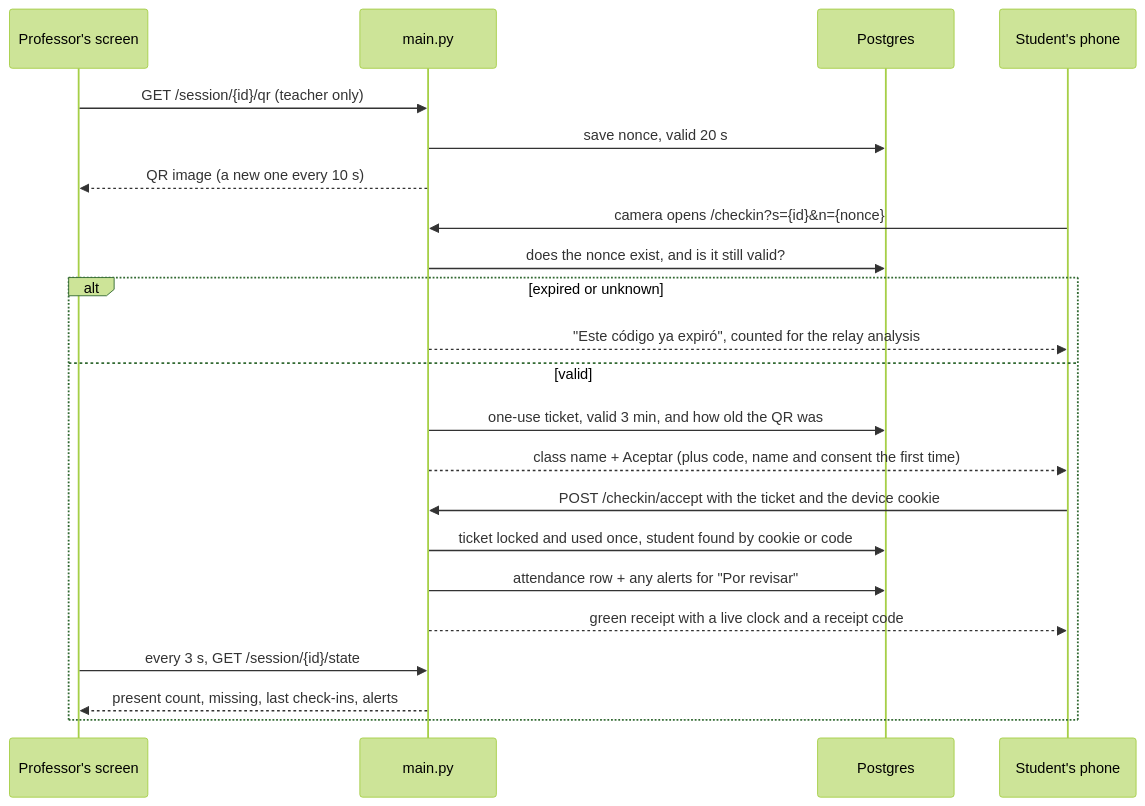
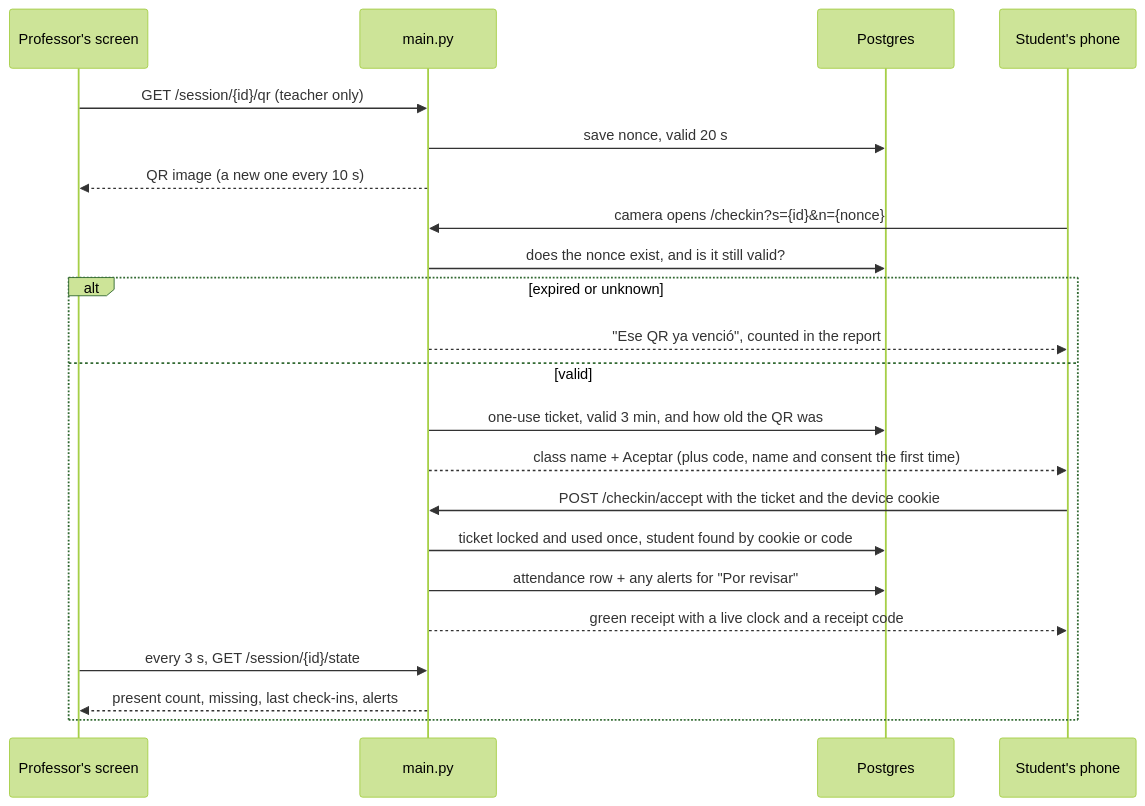
The second of 4 diagrams in docs/architecture.md (andr3sdmm/unipresence), drawn with Mermaid (forest theme) before and after one commit. The commit also changed other lines of this file and 6 other files, not shown here.

````diff
--- a/docs/architecture.md
+++ b/docs/architecture.md
@@ -31,25 +31,25 @@
 ```mermaid
 sequenceDiagram
     participant Prof as Professor's screen
     participant App as main.py
     participant DB as Postgres
     participant Phone as Student's phone
 
     Prof->>App: GET /session/{id}/qr (teacher only)
     App->>DB: save nonce, valid 20 s
     App-->>Prof: QR image (a new one every 10 s)
     Phone->>App: camera opens /checkin?s={id}&n={nonce}
     App->>DB: does the nonce exist, and is it still valid?
     alt expired or unknown
-        App-->>Phone: "Este código ya expiró", counted for the relay analysis
+        App-->>Phone: "Ese QR ya venció", counted in the report
     else valid
         App->>DB: one-use ticket, valid 3 min, and how old the QR was
         App-->>Phone: class name + Aceptar (plus code, name and consent the first time)
         Phone->>App: POST /checkin/accept with the ticket and the device cookie
         App->>DB: ticket locked and used once, student found by cookie or code
         App->>DB: attendance row + any alerts for "Por revisar"
         App-->>Phone: green receipt with a live clock and a receipt code
         Prof->>App: every 3 s, GET /session/{id}/state
         App-->>Prof: present count, missing, last check-ins, alerts
     end
 ```
````
